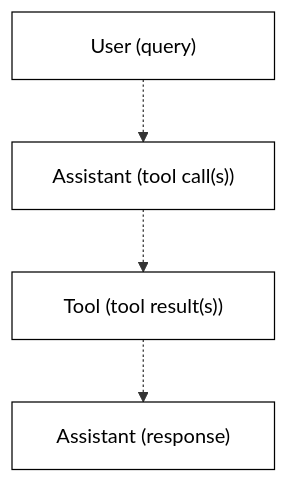
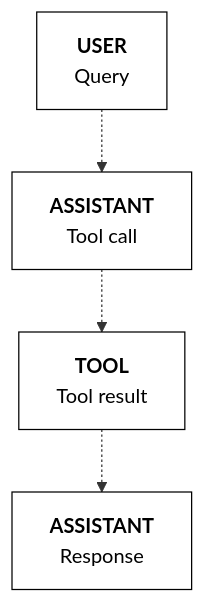
Before and after one commit to cohere-ai/cohere-developer-experience: the fourth of 6 diagrams in fern/pages/v2/tool-use/tool-use-usage-patterns.mdx, drawn with Mermaid. The commit also changed other lines of this file and 4 other files, not shown here.

````diff
--- a/fern/pages/v2/tool-use/tool-use-usage-patterns.mdx
+++ b/fern/pages/v2/tool-use/tool-use-usage-patterns.mdx
@@ -468,17 +479,16 @@
 ```mermaid
 %%{init: {'htmlLabels': true}}%%
 flowchart TD
-    A["<div style='width:150px; text-align:center; color:black;'>User (query)</div>"]
-    B["<div style='width:150px; text-align:center; color:black;'>Assistant (tool call(s))</div>"]
-    C["<div style='width:150px; text-align:center; color:black;'>Tool (tool result(s))</div>"]
-    D["<div style='width:150px; text-align:center; color:black;'>Assistant (response)</div>"]
+    classDef defaultStyle fill:#fff,stroke:#000,color:#000;
+
+    A["<div><b>USER</b><br>Query</div>"]
+    B["<div><b>ASSISTANT</b><br>Tool call</div>"]
+    C["<div><b>TOOL</b><br>Tool result</div>"]
+    D["<div><b>ASSISTANT</b><br>Response</div>"]
 
     A -.-> B
     B -.-> C
     C -.-> D
 
-    style A fill:#fff,stroke:#000,color:#000
-    style B fill:#fff,stroke:#000,color:#000
-    style C fill:#fff,stroke:#000,color:#000
-    style D fill:#fff,stroke:#000,color:#000
+    class A,B,C,D defaultStyle;
 ```
````
